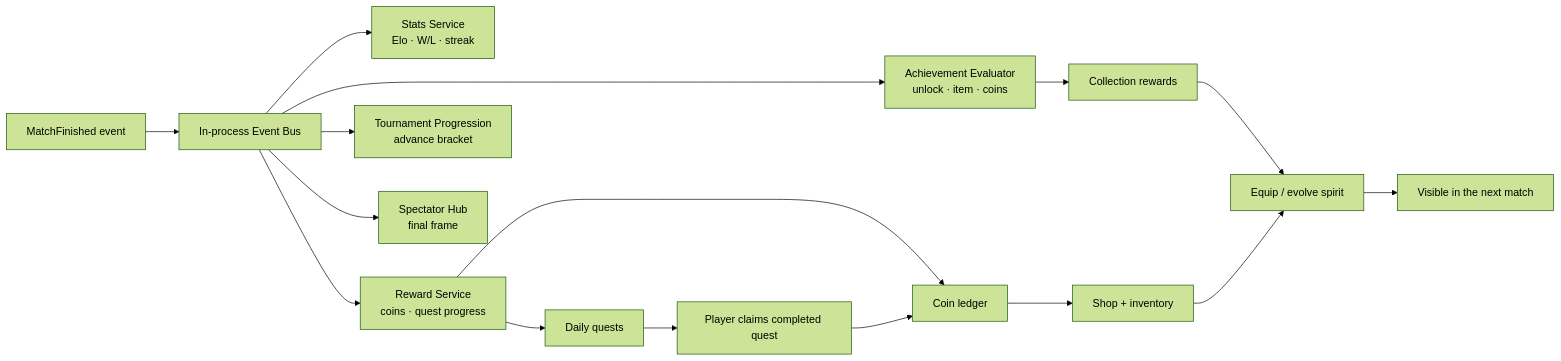
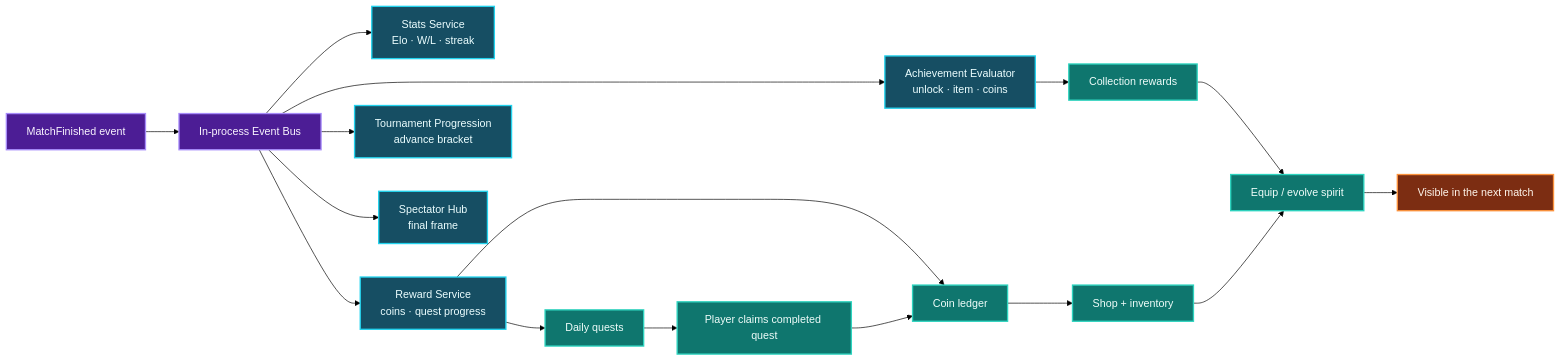
The fifth of 5 diagrams in README.md (longtmb2003/longtmb2003), drawn with Mermaid (forest theme) before and after one commit. The commit also changed other lines of this file and 2 other files, not shown here.

````diff
--- a/README.md
+++ b/README.md
@@ -177,19 +232,29 @@
 ```mermaid
 flowchart LR
     FINISH["MatchFinished event"] --> BUS["In-process Event Bus"]
     BUS --> STATS["Stats Service<br/>Elo · W/L · streak"]
     BUS --> REWARD["Reward Service<br/>coins · quest progress"]
     BUS --> ACH["Achievement Evaluator<br/>unlock · item · coins"]
     BUS --> TOURNAMENT["Tournament Progression<br/>advance bracket"]
     BUS --> SPECTATORS["Spectator Hub<br/>final frame"]
 
     REWARD --> QUEST["Daily quests"]
     REWARD --> WALLET["Coin ledger"]
     ACH --> COLLECTION["Collection rewards"]
     WALLET --> SHOP["Shop + inventory"]
     QUEST --> CLAIM["Player claims completed quest"]
     CLAIM --> WALLET
     COLLECTION --> SPIRIT["Equip / evolve spirit"]
     SHOP --> SPIRIT
     SPIRIT --> NEXT["Visible in the next match"]
+
+    classDef event fill:#4c1d95,color:#faf5ff,stroke:#a78bfa,stroke-width:2px
+    classDef service fill:#164e63,color:#ecfeff,stroke:#22d3ee,stroke-width:2px
+    classDef reward fill:#0f766e,color:#f0fdfa,stroke:#2dd4bf,stroke-width:2px
+    classDef outcome fill:#7c2d12,color:#fff7ed,stroke:#fb923c,stroke-width:2px
+
+    class FINISH,BUS event
+    class STATS,REWARD,ACH,TOURNAMENT,SPECTATORS service
+    class QUEST,WALLET,CLAIM,COLLECTION,SHOP,SPIRIT reward
+    class NEXT outcome
 ```
````
